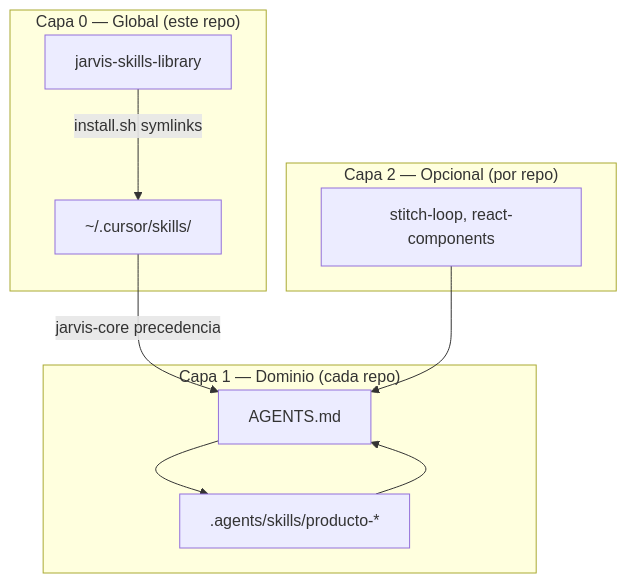
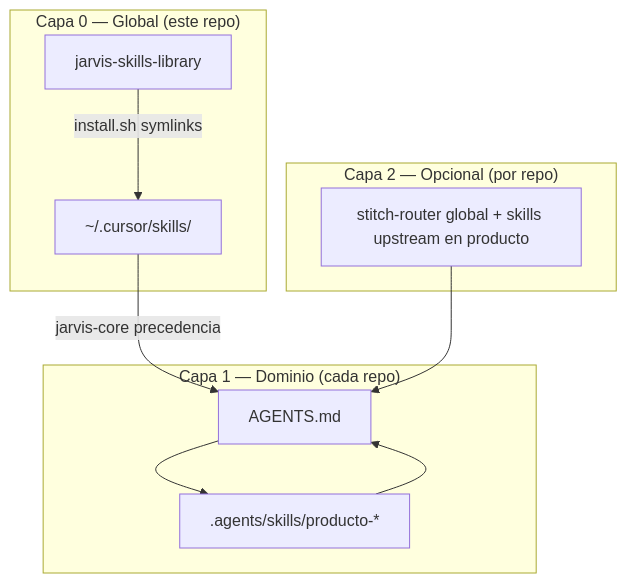
The diagram in docs/ARCHITECTURE.md (Abrahan-Eagle/jarvis-skills-library), drawn with Mermaid before and after one commit. The commit also changed 6 other files, not shown here.

````diff
--- a/docs/ARCHITECTURE.md
+++ b/docs/ARCHITECTURE.md
@@ -5,22 +5,22 @@
 ```mermaid
 flowchart TB
   subgraph global ["Capa 0 — Global (este repo)"]
     JSL[jarvis-skills-library]
     CURSOR[~/.cursor/skills/]
     JSL -->|install.sh symlinks| CURSOR
   end
 
   subgraph product ["Capa 1 — Dominio (cada repo)"]
     AGENTS[AGENTS.md]
     LOCAL[.agents/skills/producto-*]
     AGENTS --> LOCAL
   end
 
   subgraph optional ["Capa 2 — Opcional (por repo)"]
-    STITCH[stitch-loop, react-components]
+    STITCH[stitch-router global + skills upstream en producto]
   end
 
   CURSOR -->|jarvis-core precedencia| AGENTS
   LOCAL --> AGENTS
   STITCH --> AGENTS
 ```
````
